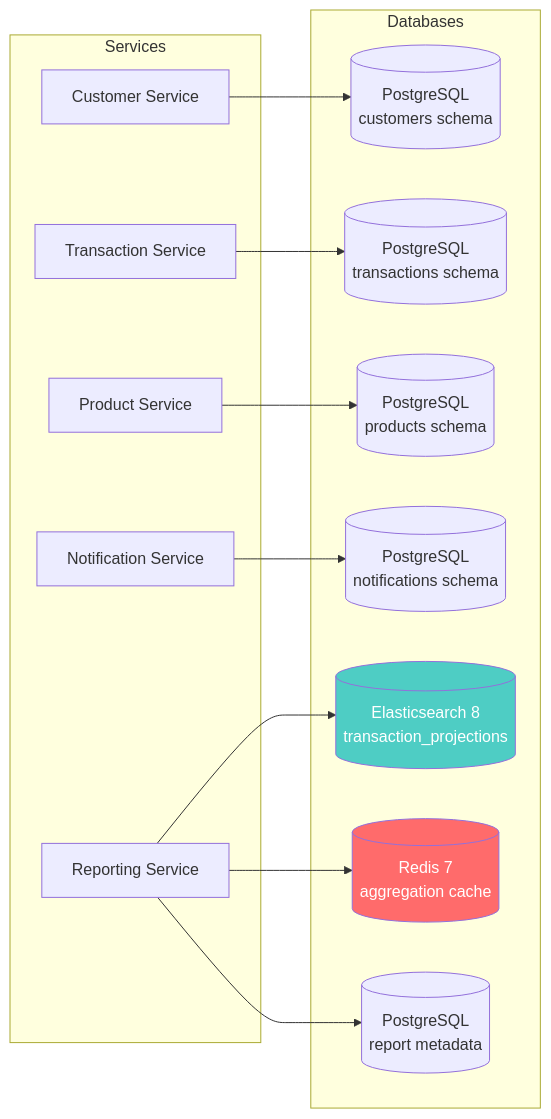
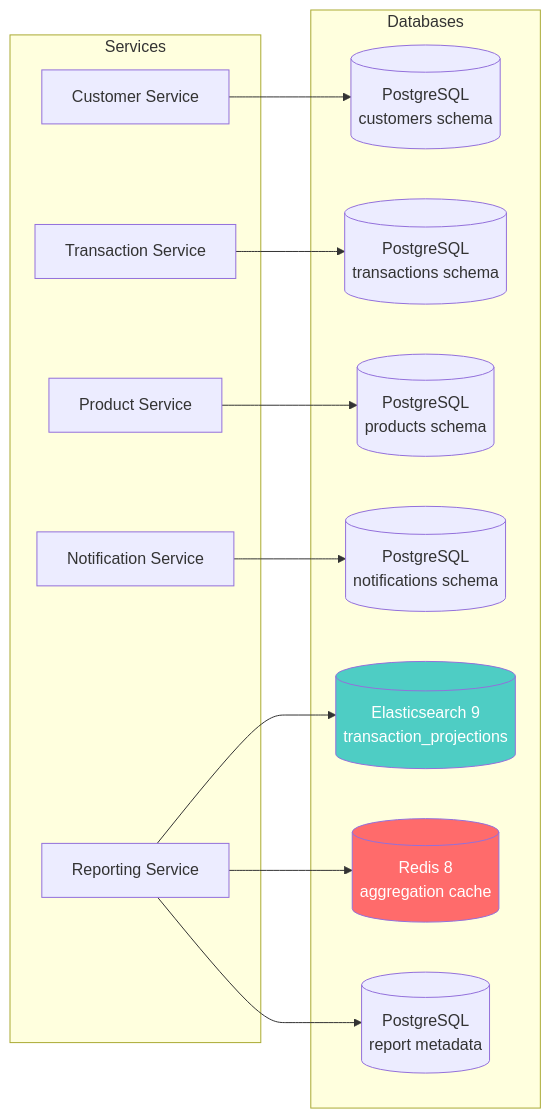
The second of 13 diagrams in architecture of all.md (makeitfine-org/reporting), drawn with Mermaid before and after one commit. The commit also changed other lines of this file and 1 other file, not shown here.

````diff
--- a/architecture of all.md
+++ b/architecture of all.md
@@ -227,31 +227,31 @@
 ```mermaid
 graph LR
     subgraph Services
         Cust["Customer Service"]
         Tx["Transaction Service"]
         Prod["Product Service"]
         Notif["Notification Service"]
         Rpt["Reporting Service"]
     end
 
     subgraph Databases
         CustDB[("PostgreSQL\ncustomers schema")]
         TxDB[("PostgreSQL\ntransactions schema")]
         ProdDB[("PostgreSQL\nproducts schema")]
         NotifDB[("PostgreSQL\nnotifications schema")]
-        ES[("Elasticsearch 8\ntransaction_projections")]
-        Redis[("Redis 7\naggregation cache")]
+        ES[("Elasticsearch 9\ntransaction_projections")]
+        Redis[("Redis 8\naggregation cache")]
         RptPG[("PostgreSQL\nreport metadata")]
     end
 
     Cust --> CustDB
     Tx --> TxDB
     Prod --> ProdDB
     Notif --> NotifDB
     Rpt --> ES
     Rpt --> Redis
     Rpt --> RptPG
 
     style ES fill:#4ecdc4,color:#fff
     style Redis fill:#ff6b6b,color:#fff
 ```
````
